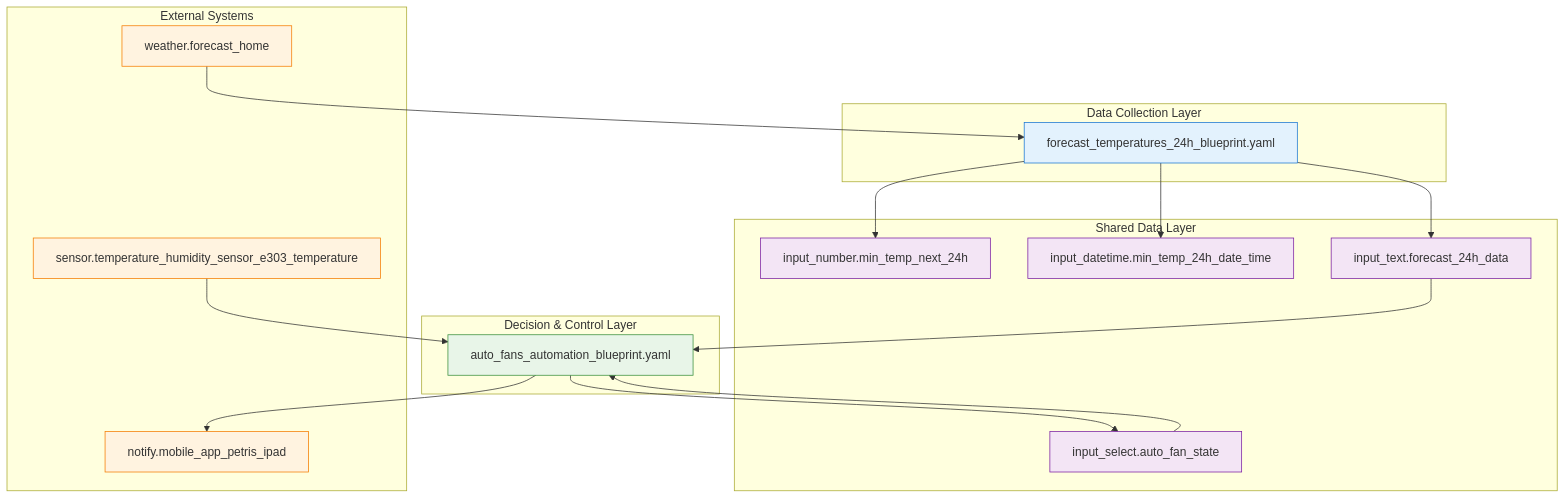
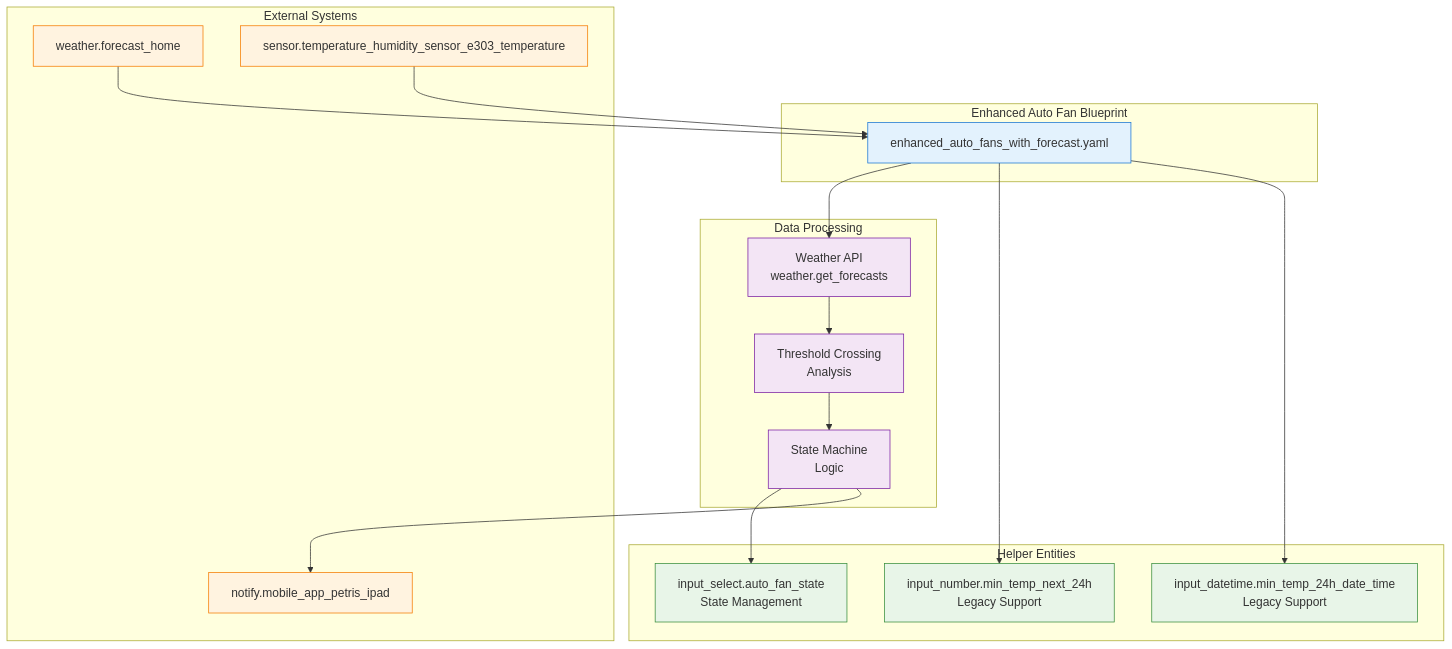
Before and after one commit to petrix-h/ha_forecast_extract: the second of 2 diagrams in forecast_fans/README.md, drawn with Mermaid. The commit also changed other lines of this file, not shown here.

````diff
--- a/forecast_fans/README.md
+++ b/forecast_fans/README.md
@@ -71,46 +80,46 @@
 ```mermaid
 graph TB
-    subgraph "Data Collection Layer"
-        ForecastParser[forecast_temperatures_24h_blueprint.yaml]
+    subgraph "Enhanced Auto Fan Blueprint"
+        UnifiedBlueprint[enhanced_auto_fans_with_forecast.yaml]
     end
     
-    subgraph "Shared Data Layer"
-        MinTempHelper[input_number.min_temp_next_24h]
-        MinTempDateHelper[input_datetime.min_temp_24h_date_time]
-        ForecastDataHelper[input_text.forecast_24h_data]
-        StateHelper[input_select.auto_fan_state]
+    subgraph "Data Processing"
+        WeatherFetch[Weather API<br/>weather.get_forecasts]
+        ForecastAnalysis[Threshold Crossing<br/>Analysis]
+        StateMachine[State Machine<br/>Logic]
     end
     
-    subgraph "Decision & Control Layer"
-        AutoFans[auto_fans_automation_blueprint.yaml]
+    subgraph "Helper Entities"
+        MinTempHelper[input_number.min_temp_next_24h<br/>Legacy Support]
+        MinTempDateHelper[input_datetime.min_temp_24h_date_time<br/>Legacy Support]
+        StateHelper[input_select.auto_fan_state<br/>State Management]
     end
     
     subgraph "External Systems"
         Weather[weather.forecast_home]
         TempSensor[sensor.temperature_humidity_sensor_e303_temperature]
         Notifications[notify.mobile_app_petris_ipad]
     end
     
-    %% Data Connections
-    Weather --> ForecastParser
-    ForecastParser --> MinTempHelper
-    ForecastParser --> MinTempDateHelper
-    ForecastParser --> ForecastDataHelper
-    
-    ForecastDataHelper --> AutoFans
-    TempSensor --> AutoFans
-    StateHelper --> AutoFans
-    AutoFans --> StateHelper
-    AutoFans --> Notifications
+    %% Data Flow
+    Weather --> UnifiedBlueprint
+    TempSensor --> UnifiedBlueprint
+    UnifiedBlueprint --> WeatherFetch
+    WeatherFetch --> ForecastAnalysis
+    ForecastAnalysis --> StateMachine
+    StateMachine --> StateHelper
+    UnifiedBlueprint --> MinTempHelper
+    UnifiedBlueprint --> MinTempDateHelper
+    StateMachine --> Notifications
     
     %% Styling
-    classDef dataLayer fill:#e3f2fd,stroke:#1976d2
-    classDef sharedLayer fill:#f3e5f5,stroke:#7b1fa2
-    classDef controlLayer fill:#e8f5e8,stroke:#388e3c
-    classDef externalLayer fill:#fff3e0,stroke:#f57c00
+    classDef blueprint fill:#e3f2fd,stroke:#1976d2
+    classDef processing fill:#f3e5f5,stroke:#7b1fa2
+    classDef helper fill:#e8f5e8,stroke:#388e3c
+    classDef external fill:#fff3e0,stroke:#f57c00
     
-    class ForecastParser dataLayer
-    class MinTempHelper,MinTempDateHelper,ForecastDataHelper,StateHelper sharedLayer
-    class AutoFans controlLayer
-    class Weather,TempSensor,Notifications externalLayer
+    class UnifiedBlueprint blueprint
+    class WeatherFetch,ForecastAnalysis,StateMachine processing
+    class MinTempHelper,MinTempDateHelper,StateHelper helper
+    class Weather,TempSensor,Notifications external
 ```
````
